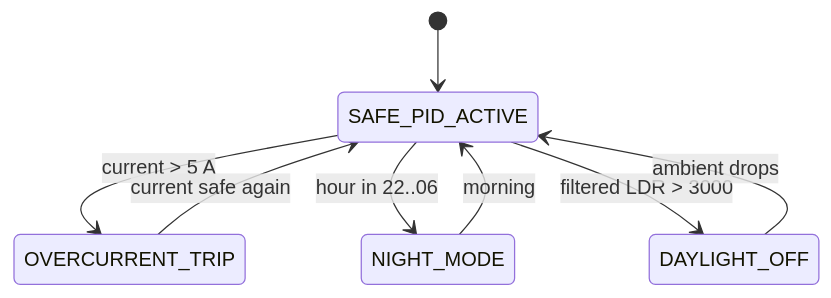
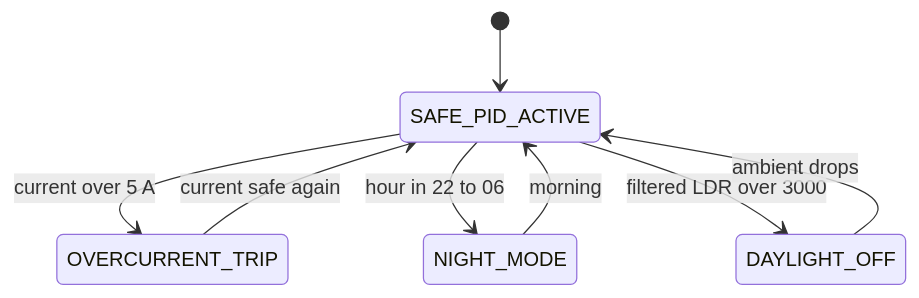
The second of 3 diagrams in README.md (GifariKemal/anggie-smart-light), drawn with Mermaid before and after one commit. The commit also changed other lines of this file and 2 other files, not shown here.

Commit message:
docs: add Download APK badge, harden mermaid diagrams for GitHub render

````diff
--- a/README.md
+++ b/README.md
@@ -84,10 +94,10 @@
 ```mermaid
 stateDiagram-v2
   [*] --> SAFE_PID_ACTIVE
-  SAFE_PID_ACTIVE --> OVERCURRENT_TRIP: current > 5 A
-  SAFE_PID_ACTIVE --> NIGHT_MODE: hour in 22..06
-  SAFE_PID_ACTIVE --> DAYLIGHT_OFF: filtered LDR > 3000
+  SAFE_PID_ACTIVE --> OVERCURRENT_TRIP: current over 5 A
+  SAFE_PID_ACTIVE --> NIGHT_MODE: hour in 22 to 06
+  SAFE_PID_ACTIVE --> DAYLIGHT_OFF: filtered LDR over 3000
   NIGHT_MODE --> SAFE_PID_ACTIVE: morning
   DAYLIGHT_OFF --> SAFE_PID_ACTIVE: ambient drops
   OVERCURRENT_TRIP --> SAFE_PID_ACTIVE: current safe again
 ```
````
